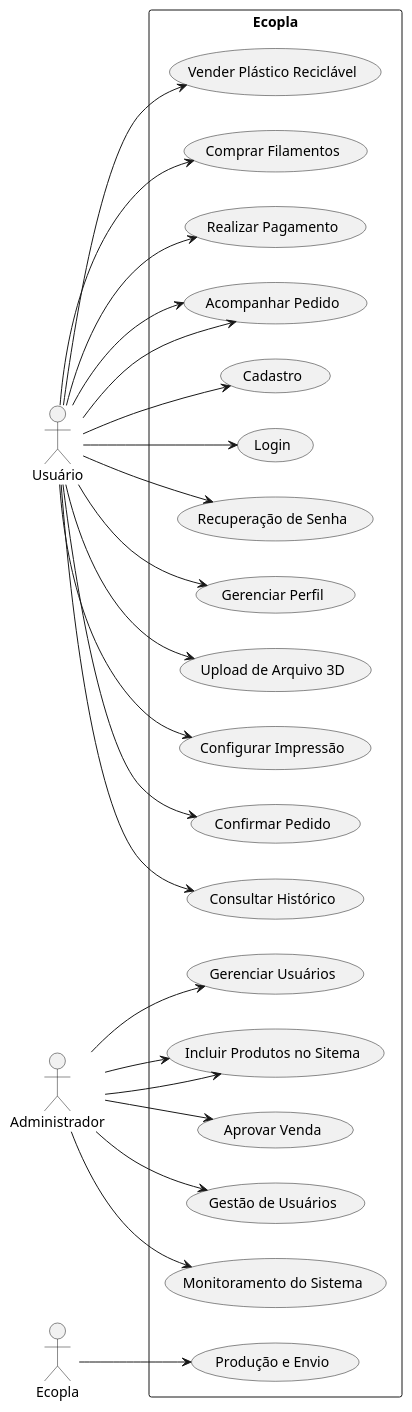
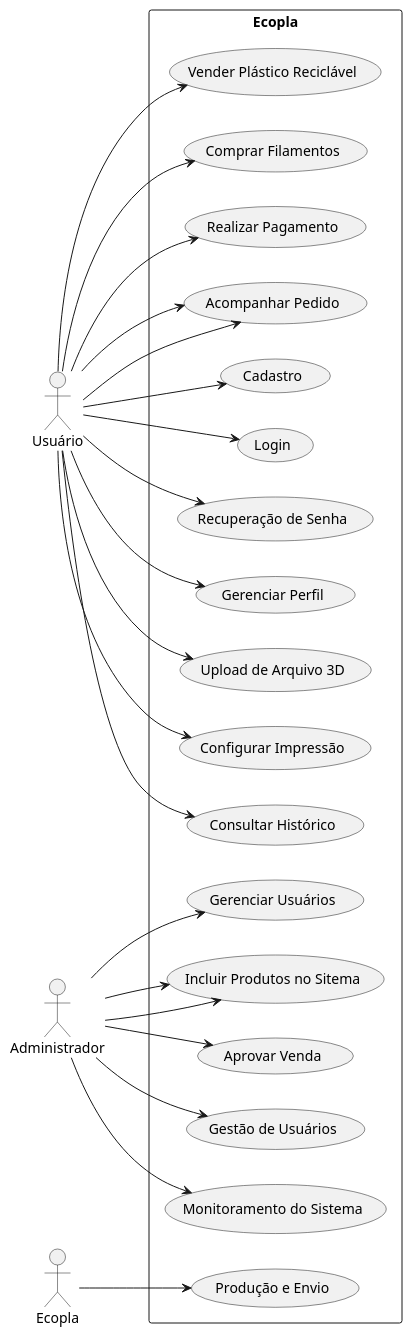
The diagram in Trabalho/Casos de uso/Geral.md (zjpza/Ecopla), drawn with PlantUML before and after one commit.

```diff
--- a/Trabalho/Casos de uso/Geral.md
+++ b/Trabalho/Casos de uso/Geral.md
@@ -4,32 +4,31 @@
     @startuml
     left to right direction
 
     actor "Usuário" as User
     actor "Administrador" as Admin
     actor "Ecopla" as System
 
     rectangle "Ecopla" {
       User --> (Vender Plástico Reciclável)
       User --> (Comprar Filamentos)
       User --> (Realizar Pagamento)
       User --> (Acompanhar Pedido)
       User --> (Cadastro)
       User --> (Login)
       User --> (Recuperação de Senha)
       User --> (Gerenciar Perfil)
       User --> (Upload de Arquivo 3D)
       User --> (Configurar Impressão)
-      User --> (Confirmar Pedido)
       User --> (Acompanhar Pedido)
       User --> (Consultar Histórico)
 
       Admin --> (Gerenciar Usuários)
       Admin --> (Incluir Produtos no Sitema)
       Admin --> (Aprovar Venda)
       Admin --> (Gestão de Usuários)
       Admin --> (Monitoramento do Sistema)
       Admin --> (Incluir Produtos no Sitema)
 
       System --> (Produção e Envio)
 
       @enduml
```
